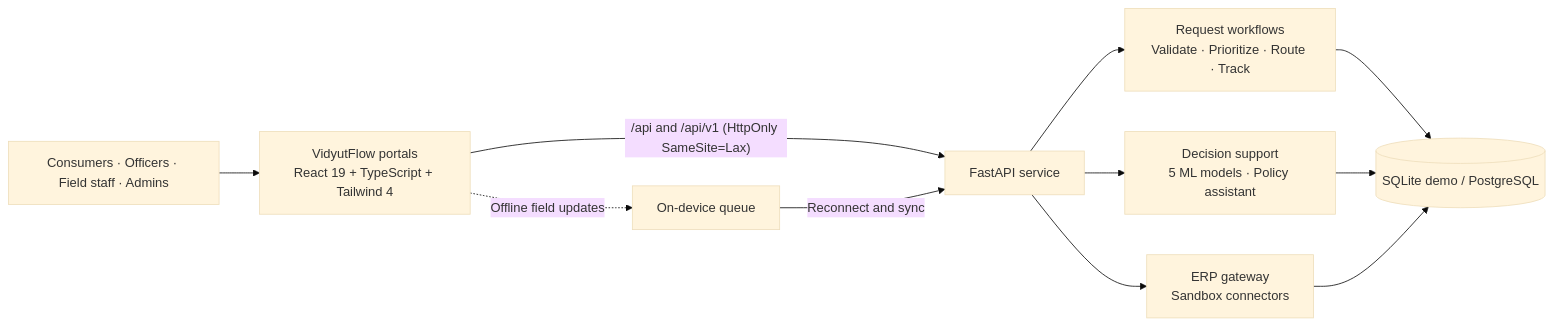
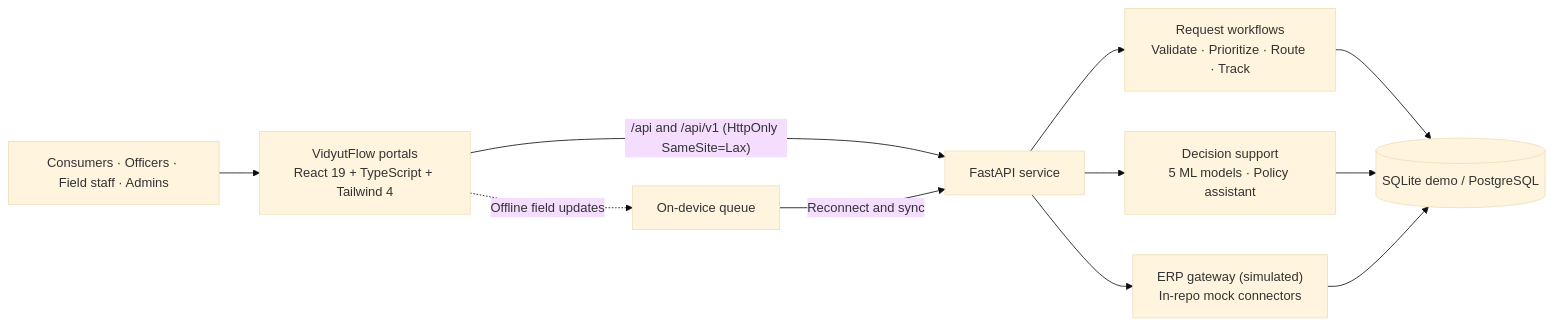
One commit to Yogeshsingh123-LAB/VidyutFlow changed the diagram in README.md. Above: the diagram before and after it, drawn with Mermaid (base theme). The commit also changed other lines of this file and 19 other files, not shown here.

````diff
--- a/README.md
+++ b/README.md
@@ -23,13 +43,13 @@
 ```mermaid
 flowchart LR
     USERS["Consumers · Officers · Field staff · Admins"] --> PORTAL["VidyutFlow portals<br/>React 19 + TypeScript + Tailwind 4"]
     PORTAL -->|"/api and /api/v1 (HttpOnly SameSite=Lax)"| API["FastAPI service"]
     PORTAL -. "Offline field updates" .-> QUEUE["On-device queue"]
     QUEUE -->|"Reconnect and sync"| API
     API --> WORK["Request workflows<br/>Validate · Prioritize · Route · Track"]
     API --> SUPPORT["Decision support<br/>5 ML models · Policy assistant"]
-    API --> ERP["ERP gateway<br/>Sandbox connectors"]
+    API --> ERP["ERP gateway (simulated)<br/>In-repo mock connectors"]
     WORK --> DATA[("SQLite demo / PostgreSQL")]
     SUPPORT --> DATA
     ERP --> DATA
 ```
````
